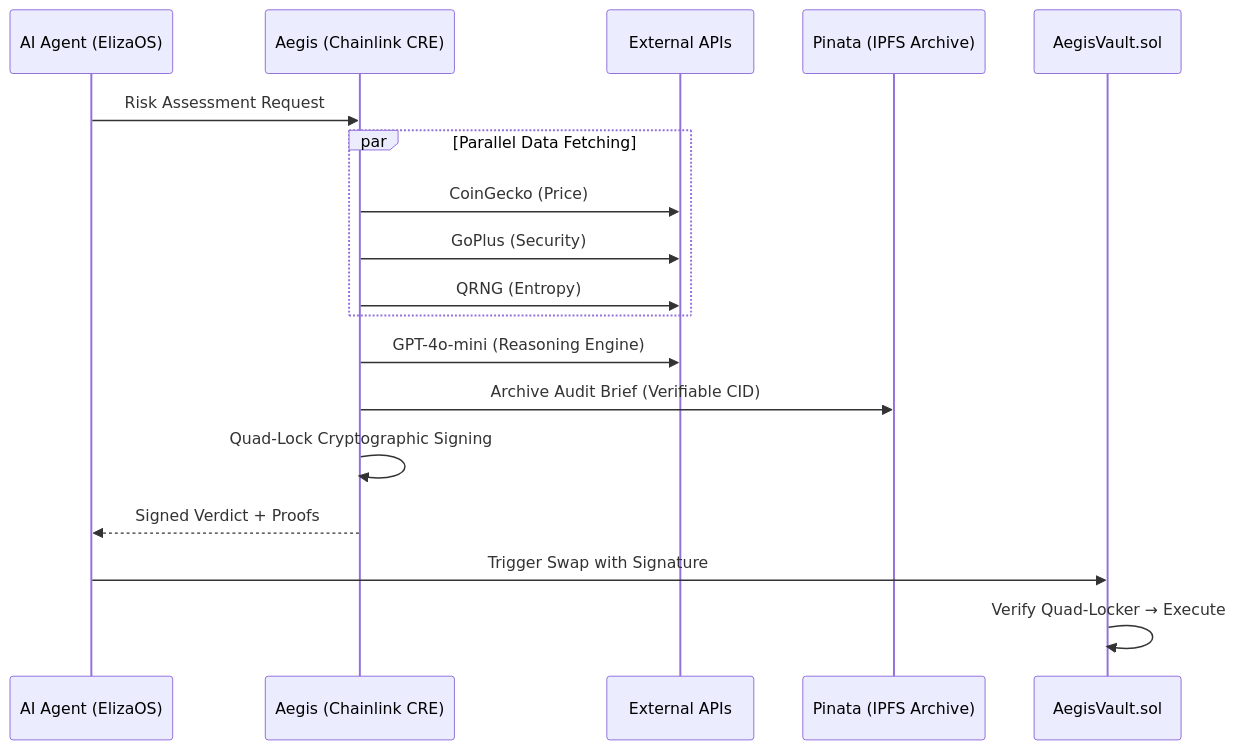
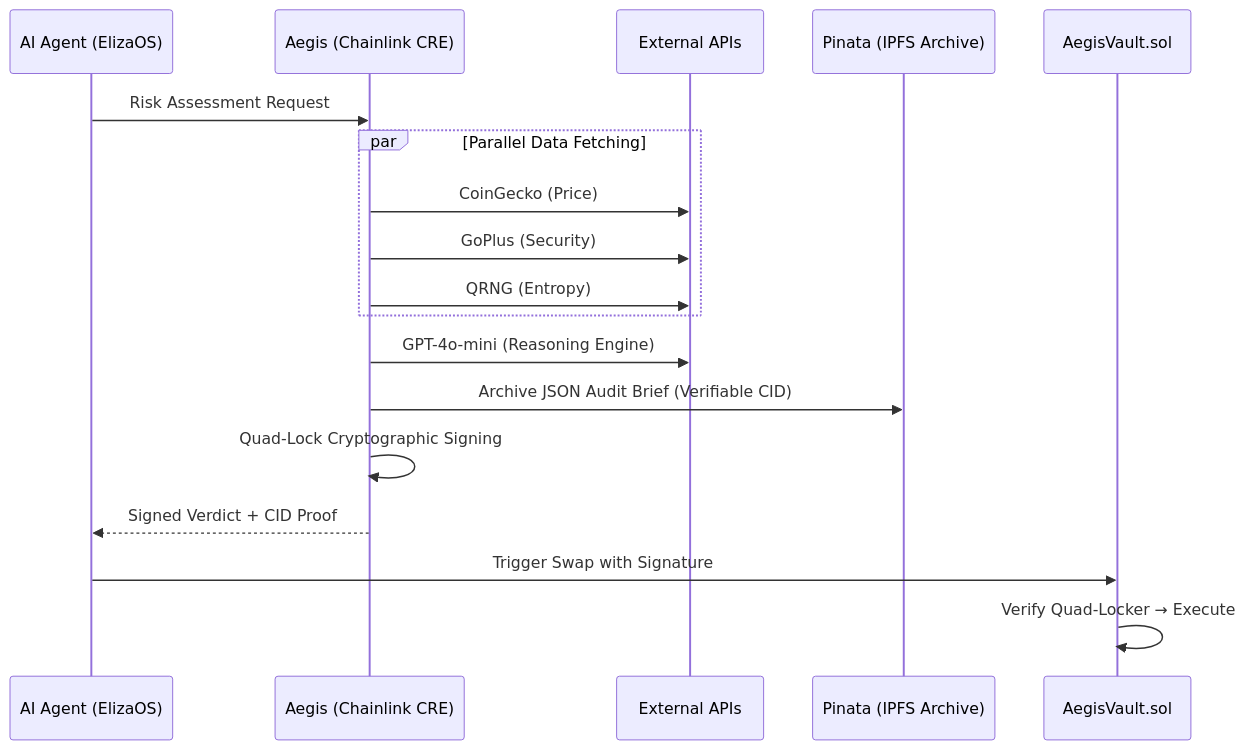
Before and after one commit to vjb/aegis-risk-orace: the first of 2 diagrams in README.md, drawn with Mermaid. The commit also changed other lines of this file, not shown here.

Commit message:
Refine Pinata integration visibility in architecture diagrams

````diff
--- a/README.md
+++ b/README.md
@@ -35,23 +35,23 @@
 ```mermaid
 sequenceDiagram
     participant Agent as AI Agent (ElizaOS)
     participant CRE as Aegis (Chainlink CRE)
     participant APIs as External APIs
     participant IPFS as Pinata (IPFS Archive)
     participant Vault as AegisVault.sol
 
     Agent->>CRE: Risk Assessment Request
     
     par Parallel Data Fetching
         CRE->>APIs: CoinGecko (Price)
         CRE->>APIs: GoPlus (Security)
         CRE->>APIs: QRNG (Entropy)
     end
     
     CRE->>APIs: GPT-4o-mini (Reasoning Engine)
-    CRE->>IPFS: Archive Audit Brief (Verifiable CID)
+    CRE->>IPFS: Archive JSON Audit Brief (Verifiable CID)
     CRE->>CRE: Quad-Lock Cryptographic Signing
-    CRE-->>Agent: Signed Verdict + Proofs
+    CRE-->>Agent: Signed Verdict + CID Proof
     Agent->>Vault: Trigger Swap with Signature
     Vault->>Vault: Verify Quad-Locker → Execute
 ```
````
